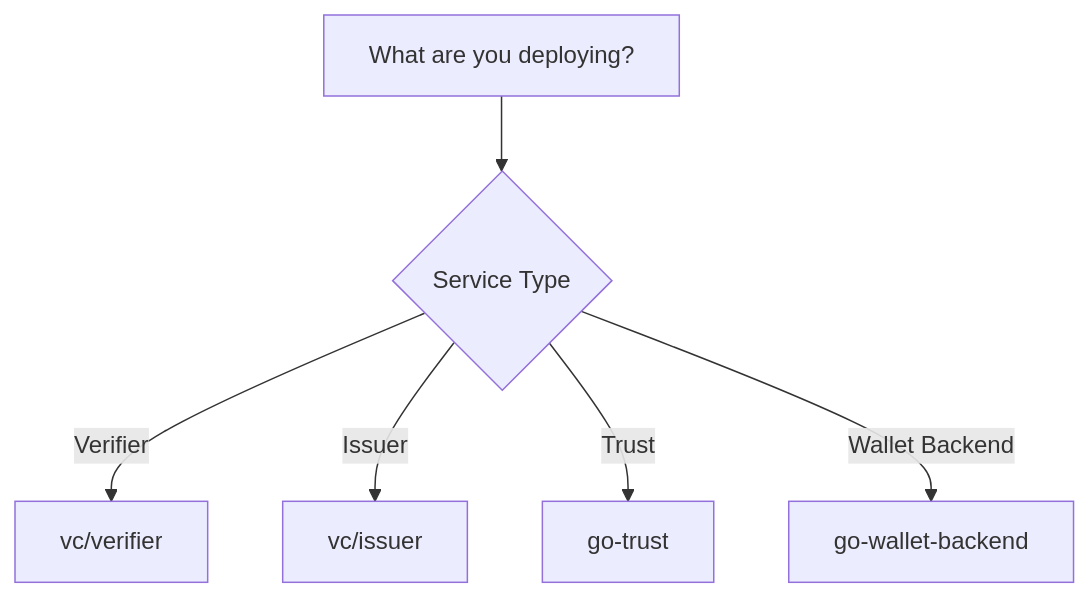
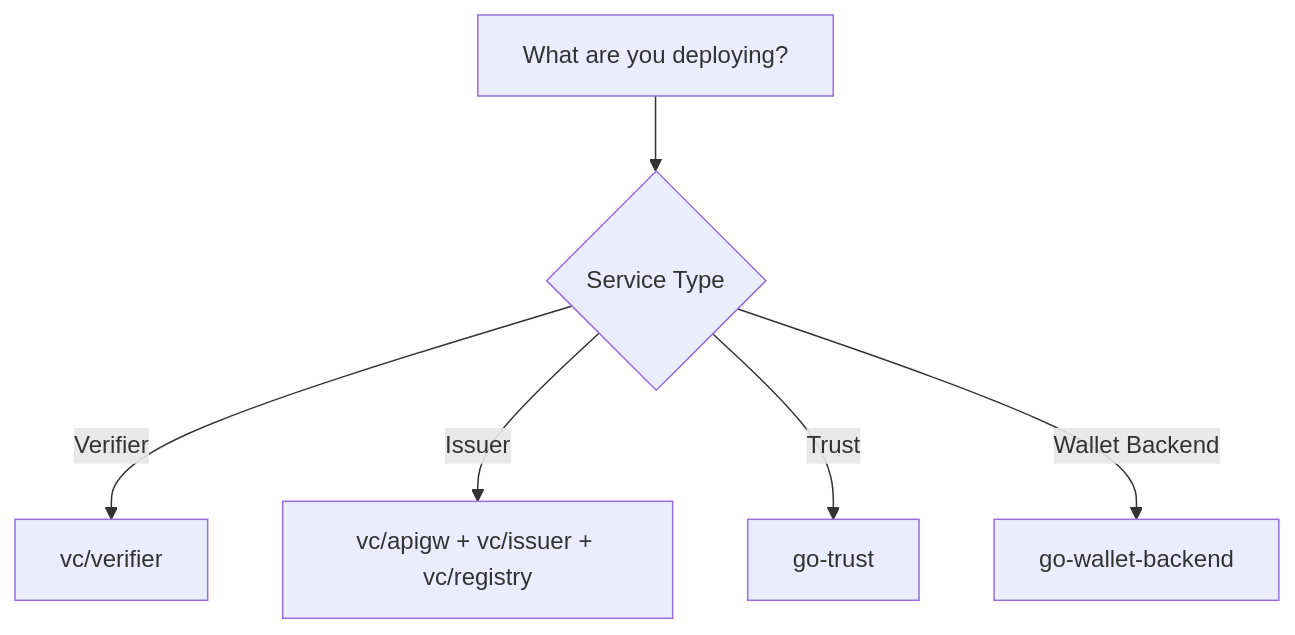
The diagram in docs/sirosid/operations/docker-images.md (sirosfoundation/docs), drawn with Mermaid before and after one commit. The commit also changed other lines of this file and 15 other files, not shown here.

First line of the commit message:
docs(issuers): fix issuer, operations, registry and reference docs against vc v0.7.23 (#79)

````diff
--- a/docs/sirosid/operations/docker-images.md
+++ b/docs/sirosid/operations/docker-images.md
@@ -164,8 +179,8 @@
 ```mermaid
 flowchart TD
     A[What are you deploying?] --> B{Service Type}
     B -->|Verifier| C[vc/verifier]
-    B -->|Issuer| D[vc/issuer]
+    B -->|Issuer| D[vc/apigw + vc/issuer + vc/registry]
     B -->|Trust| E[go-trust]
     B -->|Wallet Backend| F[go-wallet-backend]
 ```
````
